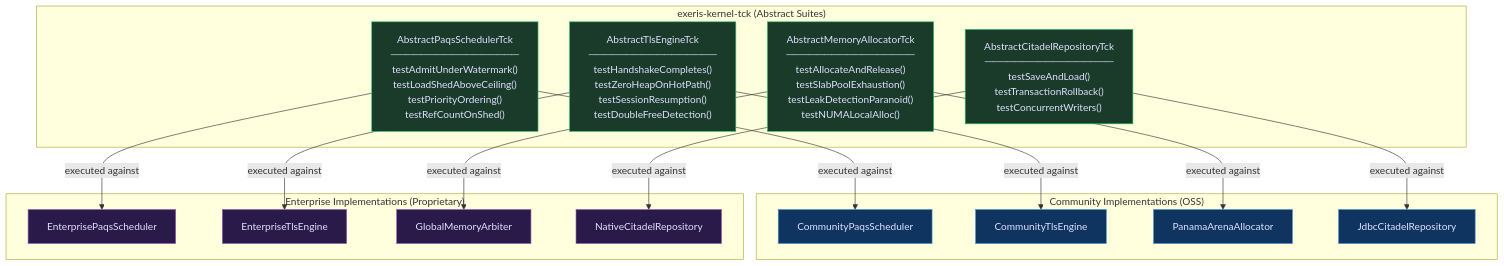
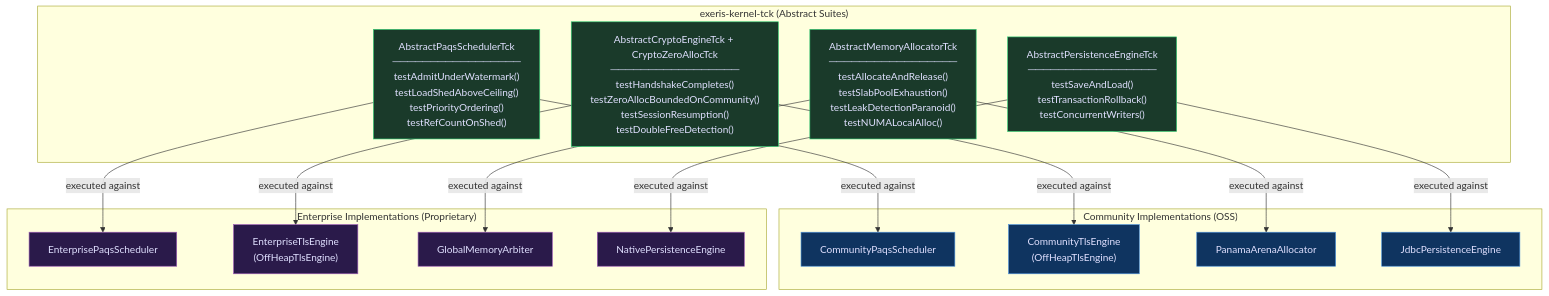
One commit to exeris-systems/exeris-kernel changed the diagram in docs/modules/05-tck.md. Above: the diagram before and after it, drawn with Mermaid. The commit also changed other lines of this file and 6 other files, not shown here.

Commit message:
update(docs): Revise documentation for clarity and accuracy in SPI, community, TCK, and transport modules

````diff
--- a/docs/modules/05-tck.md
+++ b/docs/modules/05-tck.md
@@ -12,41 +16,41 @@
 ```mermaid
 graph TD
     subgraph "exeris-kernel-tck (Abstract Suites)"
         PAQS_TCK["AbstractPaqsSchedulerTck\n─────────────────\ntestAdmitUnderWatermark()\ntestLoadShedAboveCeiling()\ntestPriorityOrdering()\ntestRefCountOnShed()"]
-        TLS_TCK["AbstractTlsEngineTck\n─────────────────\ntestHandshakeCompletes()\ntestZeroHeapOnHotPath()\ntestSessionResumption()\ntestDoubleFreeDetection()"]
+        TLS_TCK["AbstractCryptoEngineTck + CryptoZeroAllocTck\n─────────────────\ntestHandshakeCompletes()\ntestZeroAllocBoundedOnCommunity()\ntestSessionResumption()\ntestDoubleFreeDetection()"]
         MEM_TCK["AbstractMemoryAllocatorTck\n─────────────────\ntestAllocateAndRelease()\ntestSlabPoolExhaustion()\ntestLeakDetectionParanoid()\ntestNUMALocalAlloc()"]
-        REPO_TCK["AbstractCitadelRepositoryTck\n─────────────────\ntestSaveAndLoad()\ntestTransactionRollback()\ntestConcurrentWriters()"]
+        REPO_TCK["AbstractPersistenceEngineTck\n─────────────────\ntestSaveAndLoad()\ntestTransactionRollback()\ntestConcurrentWriters()"]
     end
 
     subgraph "Community Implementations (OSS)"
         C_PAQS["CommunityPaqsScheduler"]
-        C_TLS["CommunityTlsEngine"]
+        C_TLS["CommunityTlsEngine\n(OffHeapTlsEngine)"]
         C_MEM["PanamaArenaAllocator"]
-        C_REPO["JdbcCitadelRepository"]
+        C_REPO["JdbcPersistenceEngine"]
     end
 
     subgraph "Enterprise Implementations (Proprietary)"
         E_PAQS["EnterprisePaqsScheduler"]
-        E_TLS["EnterpriseTlsEngine"]
+        E_TLS["EnterpriseTlsEngine\n(OffHeapTlsEngine)"]
         E_MEM["GlobalMemoryArbiter"]
-        E_REPO["NativeCitadelRepository"]
+        E_REPO["NativePersistenceEngine"]
     end
 
     PAQS_TCK -->|"executed against"| C_PAQS & E_PAQS
     TLS_TCK  -->|"executed against"| C_TLS  & E_TLS
     MEM_TCK  -->|"executed against"| C_MEM  & E_MEM
     REPO_TCK -->|"executed against"| C_REPO & E_REPO
 
     style PAQS_TCK fill:#1a3a2a,color:#e0e0ff,stroke:#2ecc71
     style TLS_TCK  fill:#1a3a2a,color:#e0e0ff,stroke:#2ecc71
     style MEM_TCK  fill:#1a3a2a,color:#e0e0ff,stroke:#2ecc71
     style REPO_TCK fill:#1a3a2a,color:#e0e0ff,stroke:#2ecc71
     style C_PAQS fill:#0f3460,color:#e0e0ff,stroke:#4a90d9
     style C_TLS  fill:#0f3460,color:#e0e0ff,stroke:#4a90d9
     style C_MEM  fill:#0f3460,color:#e0e0ff,stroke:#4a90d9
     style C_REPO fill:#0f3460,color:#e0e0ff,stroke:#4a90d9
     style E_PAQS fill:#2a1a4a,color:#e0e0ff,stroke:#9b59b6
     style E_TLS  fill:#2a1a4a,color:#e0e0ff,stroke:#9b59b6
     style E_MEM  fill:#2a1a4a,color:#e0e0ff,stroke:#9b59b6
     style E_REPO fill:#2a1a4a,color:#e0e0ff,stroke:#9b59b6
 ```
````
